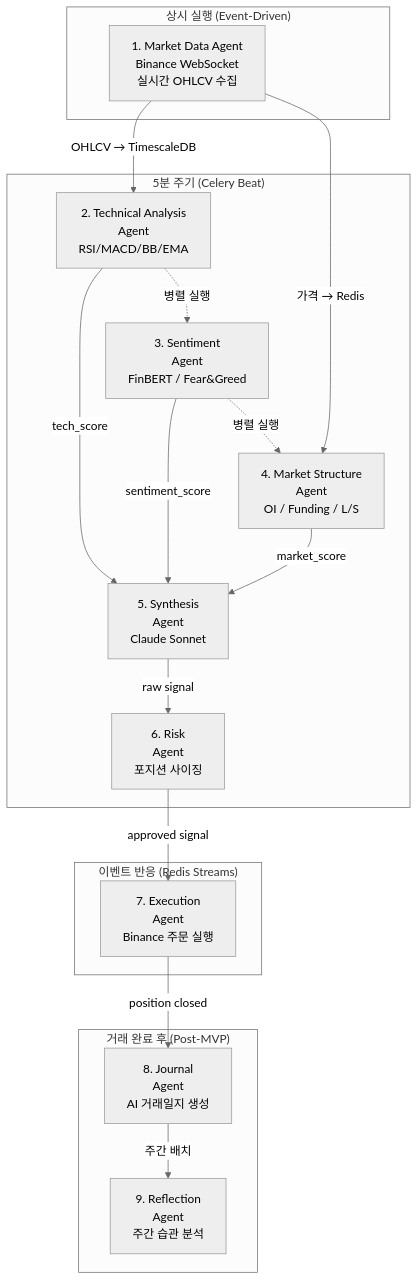
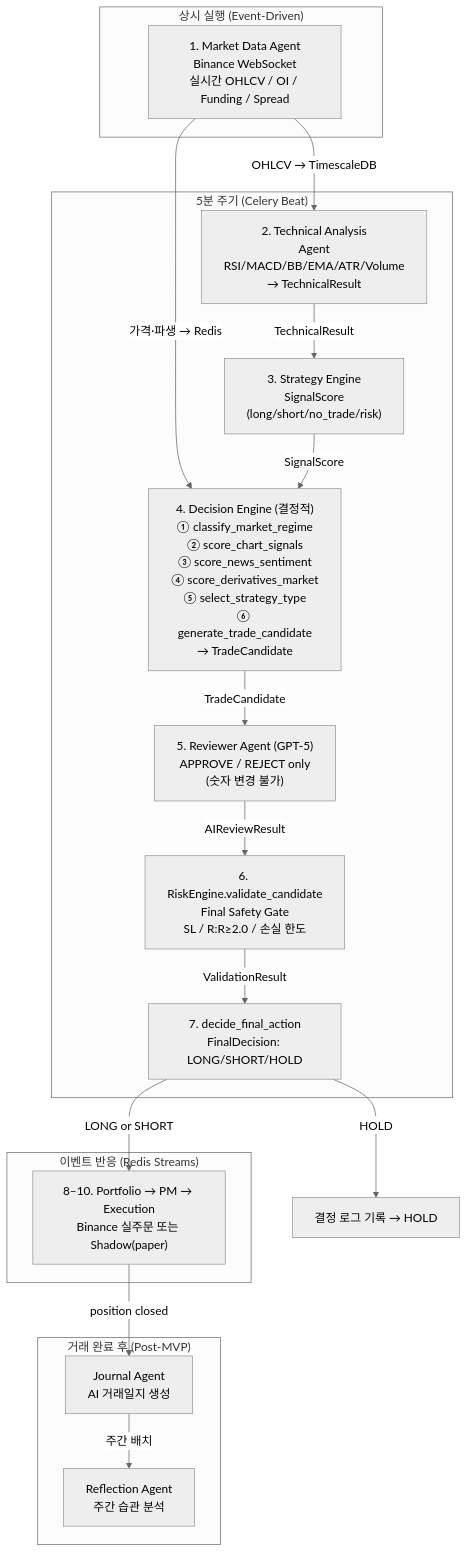
The first of 3 diagrams in AGENTS.md (GitHaewon/Leverage_Agnet), drawn with Mermaid (neutral theme) before and after one commit. The commit also changed other lines of this file and 8 other files, not shown here.

````diff
--- a/AGENTS.md
+++ b/AGENTS.md
@@ -30,39 +32,36 @@
 ```mermaid
 graph TD
     subgraph CONTINUOUS["상시 실행 (Event-Driven)"]
-        MDA["1. Market Data Agent\nBinance WebSocket\n실시간 OHLCV 수집"]
+        MDA["1. Market Data Agent\nBinance WebSocket\n실시간 OHLCV / OI / Funding / Spread"]
     end
 
     subgraph PERIODIC["5분 주기 (Celery Beat)"]
-        TAA["2. Technical Analysis\nAgent\nRSI/MACD/BB/EMA"]
-        SEN["3. Sentiment\nAgent\nFinBERT / Fear&Greed"]
-        MSA["4. Market Structure\nAgent\nOI / Funding / L/S"]
-        SYN["5. Synthesis\nAgent\nClaude Sonnet"]
-        RSK["6. Risk\nAgent\n포지션 사이징"]
+        TAA["2. Technical Analysis\nAgent\nRSI/MACD/BB/EMA/ATR/Volume\n→ TechnicalResult"]
+        STE["3. Strategy Engine\nSignalScore\n(long/short/no_trade/risk)"]
+        DEC["4. Decision Engine (결정적)\n① classify_market_regime\n② score_chart_signals\n③ score_news_sentiment\n④ score_derivatives_market\n⑤ select_strategy_type\n⑥ generate_trade_candidate\n→ TradeCandidate"]
+        REV["5. Reviewer Agent (GPT-5)\nAPPROVE / REJECT only\n(숫자 변경 불가)"]
+        RSK["6. RiskEngine.validate_candidate\nFinal Safety Gate\nSL / R:R≥2.0 / 손실 한도"]
+        FIN["7. decide_final_action\nFinalDecision: LONG/SHORT/HOLD"]
     end
 
     subgraph REACTIVE["이벤트 반응 (Redis Streams)"]
-        EXE["7. Execution\nAgent\nBinance 주문 실행"]
+        EXE["8–10. Portfolio → PM → Execution\nBinance 실주문 또는 Shadow(paper)"]
     end
 
     subgraph POST_TRADE["거래 완료 후 (Post-MVP)"]
-        JRN["8. Journal\nAgent\nAI 거래일지 생성"]
-        REF["9. Reflection\nAgent\n주간 습관 분석"]
+        JRN["Journal Agent\nAI 거래일지 생성"]
+        REF["Reflection Agent\n주간 습관 분석"]
     end
 
     MDA -->|OHLCV → TimescaleDB| TAA
-    MDA -->|가격 → Redis| MSA
-
-    TAA -->|tech_score| SYN
-    SEN -->|sentiment_score| SYN
-    MSA -->|market_score| SYN
-
-    TAA -.->|병렬 실행| SEN
-    SEN -.->|병렬 실행| MSA
-
-    SYN -->|raw signal| RSK
-    RSK -->|approved signal| EXE
-
+    MDA -->|가격·파생 → Redis| DEC
+    TAA -->|TechnicalResult| STE
+    STE -->|SignalScore| DEC
+    DEC -->|TradeCandidate| REV
+    REV -->|AIReviewResult| RSK
+    RSK -->|ValidationResult| FIN
+    FIN -->|LONG or SHORT| EXE
+    FIN -->|HOLD| DROP["결정 로그 기록 → HOLD"]
     EXE -->|position closed| JRN
     JRN -->|주간 배치| REF
 ```
````
